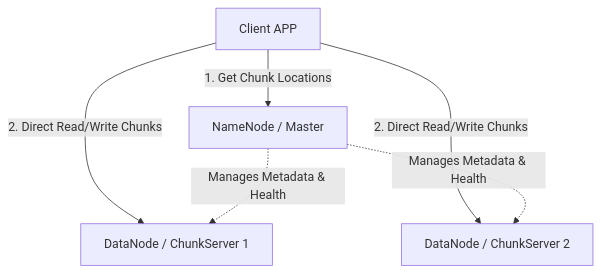
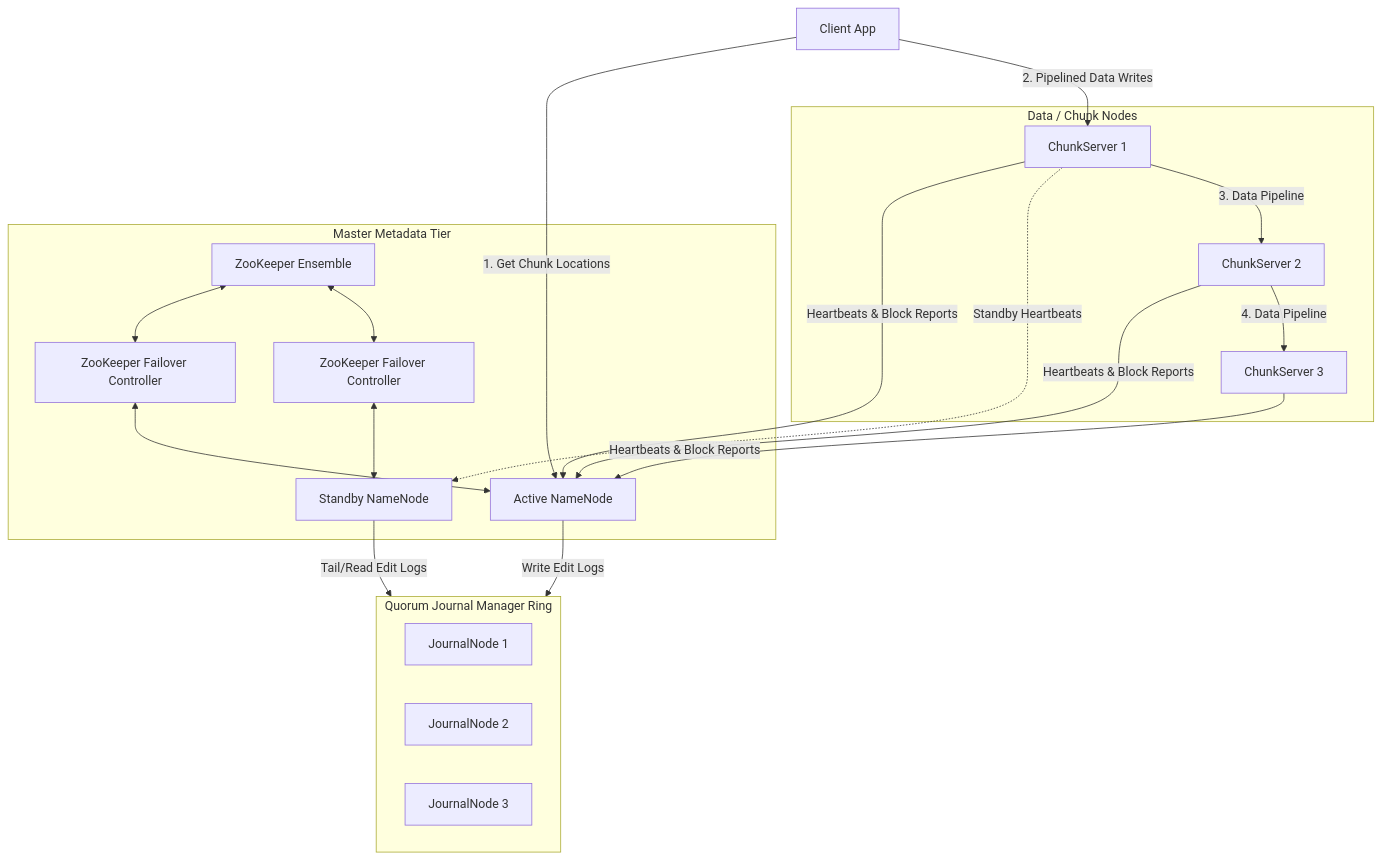
Before and after one commit to gp330841/interview: the diagram in high-level-design/concepts/19-distributed-file-systems.md, drawn with Mermaid. The commit also changed other lines of this file and 66 other files, not shown here.

````diff
--- a/high-level-design/concepts/19-distributed-file-systems.md
+++ b/high-level-design/concepts/19-distributed-file-systems.md
@@ -9,8 +49,45 @@
 ```mermaid
 flowchart TD
-    Client[Client APP] -->|1. Get Chunk Locations| Master[NameNode / Master]
-    Client -->|2. Direct Read/Write Chunks| Chunk1[DataNode / ChunkServer 1]
-    Client -->|2. Direct Read/Write Chunks| Chunk2[DataNode / ChunkServer 2]
-    Master -.->|Manages Metadata & Health| Chunk1
-    Master -.->|Manages Metadata & Health| Chunk2
+    %% Client
+    Client[Client App]
+    
+    %% Master Tier
+    subgraph Masters [Master Metadata Tier]
+        ActiveMaster[Active NameNode]
+        StandbyMaster[Standby NameNode]
+        ZKFCActive[ZooKeeper Failover Controller] <--> ActiveMaster
+        ZKFCStandby[ZooKeeper Failover Controller] <--> StandbyMaster
+        ZK[ZooKeeper Ensemble] <--> ZKFCActive
+        ZK <--> ZKFCStandby
+    end
+    
+    %% Shared Edit Log Journal Ring
+    subgraph JournalRing [Quorum Journal Manager Ring]
+        JN1[JournalNode 1]
+        JN2[JournalNode 2]
+        JN3[JournalNode 3]
+    end
+
+    %% Chunk/Data Nodes
+    subgraph DataNodes [Data / Chunk Nodes]
+        DN1[ChunkServer 1]
+        DN2[ChunkServer 2]
+        DN3[ChunkServer 3]
+    end
+
+    %% Metadata sync paths
+    ActiveMaster -->|Write Edit Logs| JournalRing
+    StandbyMaster -->|Tail/Read Edit Logs| JournalRing
+    
+    %% Health Checks & Heartbeats
+    DN1 -->|Heartbeats & Block Reports| ActiveMaster
+    DN2 -->|Heartbeats & Block Reports| ActiveMaster
+    DN3 -->|Heartbeats & Block Reports| ActiveMaster
+    DN1 -.->|Standby Heartbeats| StandbyMaster
+    
+    %% Client Data Paths
+    Client -->|1. Get Chunk Locations| ActiveMaster
+    Client -->|2. Pipelined Data Writes| DN1
+    DN1 -->|3. Data Pipeline| DN2
+    DN2 -->|4. Data Pipeline| DN3
 ```
````
